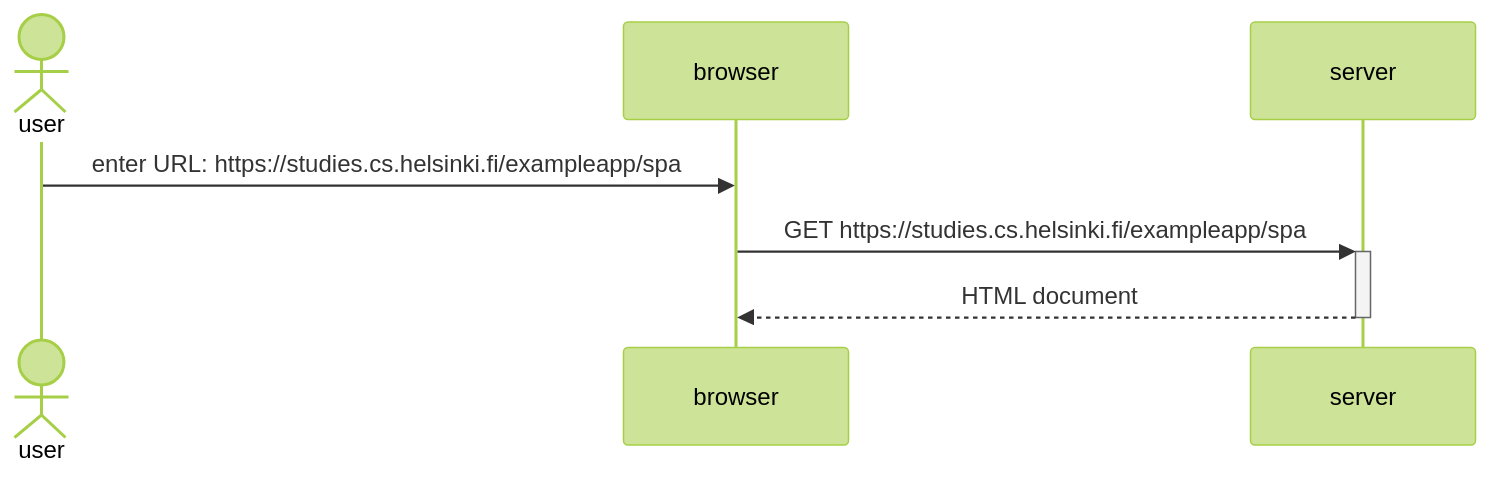
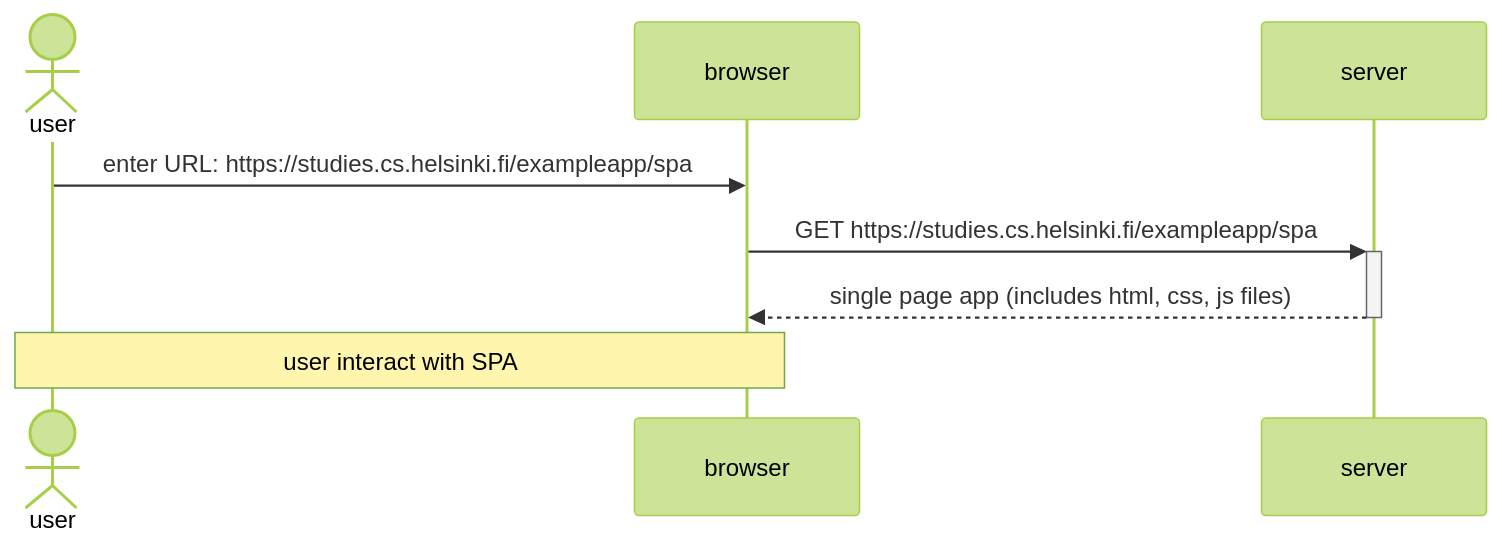
The diagram in Part_0/SinglePageDiagram.md (congthanh1999/FullStackOpen), drawn with Mermaid (forest theme) before and after one commit.

````diff
--- a/Part_0/SinglePageDiagram.md
+++ b/Part_0/SinglePageDiagram.md
@@ -1,13 +1,15 @@
 ```mermaid
       sequenceDiagram
 
       actor user
       participant browser
       participant server
 
       user->>browser: enter URL: https://studies.cs.helsinki.fi/exampleapp/spa
 
       browser->>+server: GET https://studies.cs.helsinki.fi/exampleapp/spa
-      server-->>-browser: HTML document
+      server-->>-browser: single page app (includes html, css, js files)
+
+      note over user, browser: user interact with SPA
 
 ```
````
